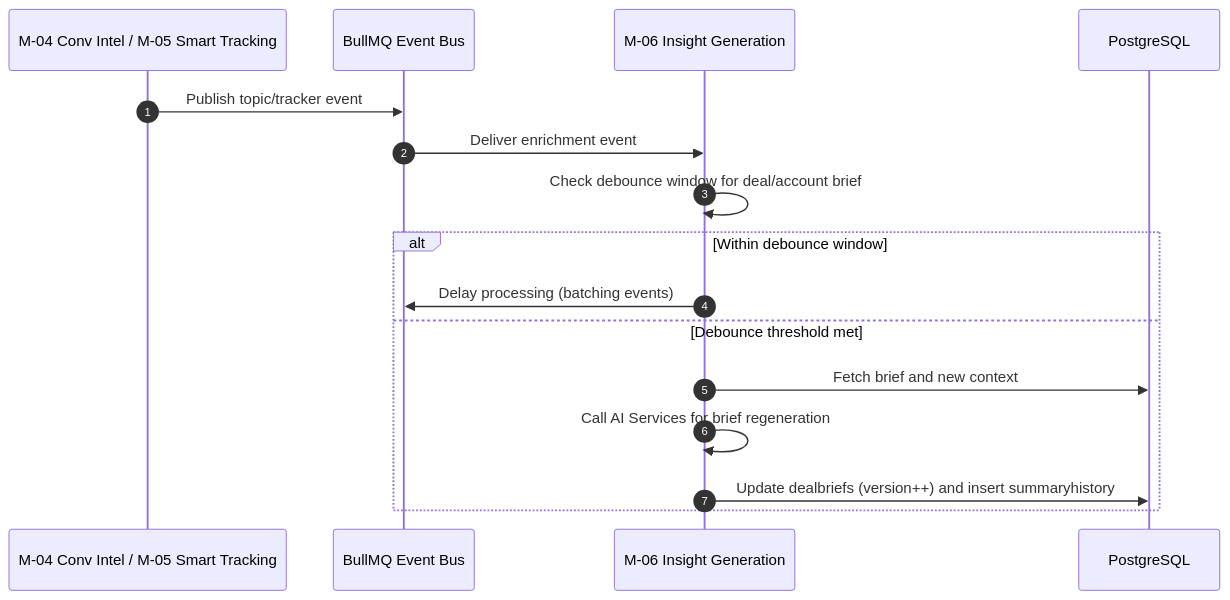
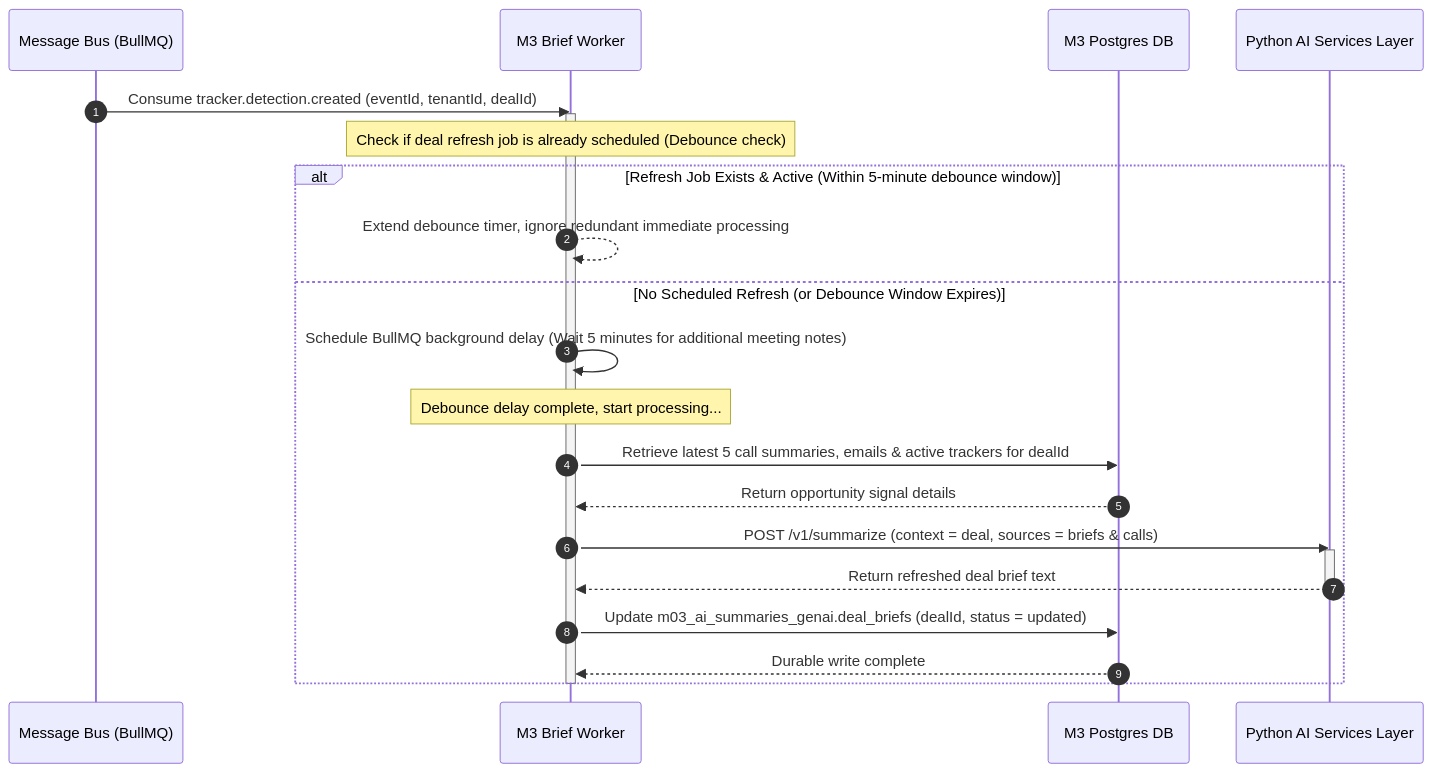
The fifth of 5 diagrams in Reference documents/M3 AI Summaries & GenAI/M3 Sequence Diagrams.md (PoojaTiwari09/FB-and-RP-Fixes), drawn with Mermaid before and after one commit. The commit also changed other lines of this file and 79 other files, not shown here.

````diff
--- a/Reference documents/M3 AI Summaries & GenAI/M3 Sequence Diagrams.md
+++ b/Reference documents/M3 AI Summaries & GenAI/M3 Sequence Diagrams.md
@@ -428,19 +187,31 @@
 ```mermaid
 sequenceDiagram
     autonumber
-    participant M04 as M-04 Conv Intel / M-05 Smart Tracking
-    participant Q as BullMQ Event Bus
-    participant M06 as M-06 Insight Generation
-    participant DB as PostgreSQL
+    participant Bus as Message Bus (BullMQ)
+    participant M3_Wrk as M3 Brief Worker
+    participant M3_DB as M3 Postgres DB
+    participant AI_Svc as Python AI Services Layer
 
-    M04->>Q: Publish topic/tracker event
-    Q->>M06: Deliver enrichment event
-    M06->>M06: Check debounce window for deal/account brief
-    alt Within debounce window
-        M06->>Q: Delay processing (batching events)
-    else Debounce threshold met
-        M06->>DB: Fetch brief and new context
-        M06->>M06: Call AI Services for brief regeneration
-        M06->>DB: Update dealbriefs (version++) and insert summaryhistory
+    Bus->>M3_Wrk: Consume tracker.detection.created (eventId, tenantId, dealId)
+    activate M3_Wrk
+    Note over M3_Wrk: Check if deal refresh job is already scheduled (Debounce check)
+    
+    alt Refresh Job Exists & Active (Within 5-minute debounce window)
+        M3_Wrk-->>M3_Wrk: Extend debounce timer, ignore redundant immediate processing
+    else No Scheduled Refresh (or Debounce Window Expires)
+        M3_Wrk->>M3_Wrk: Schedule BullMQ background delay (Wait 5 minutes for additional meeting notes)
+        Note over M3_Wrk: Debounce delay complete, start processing...
+        
+        M3_Wrk->>M3_DB: Retrieve latest 5 call summaries, emails & active trackers for dealId
+        M3_DB-->>M3_Wrk: Return opportunity signal details
+        
+        M3_Wrk->>AI_Svc: POST /v1/summarize (context = deal, sources = briefs & calls)
+        activate AI_Svc
+        AI_Svc-->>M3_Wrk: Return refreshed deal brief text
+        deactivate AI_Svc
+        
+        M3_Wrk->>M3_DB: Update m03_ai_summaries_genai.deal_briefs (dealId, status = updated)
+        M3_DB-->>M3_Wrk: Durable write complete
     end
+    deactivate M3_Wrk
 ```
````
